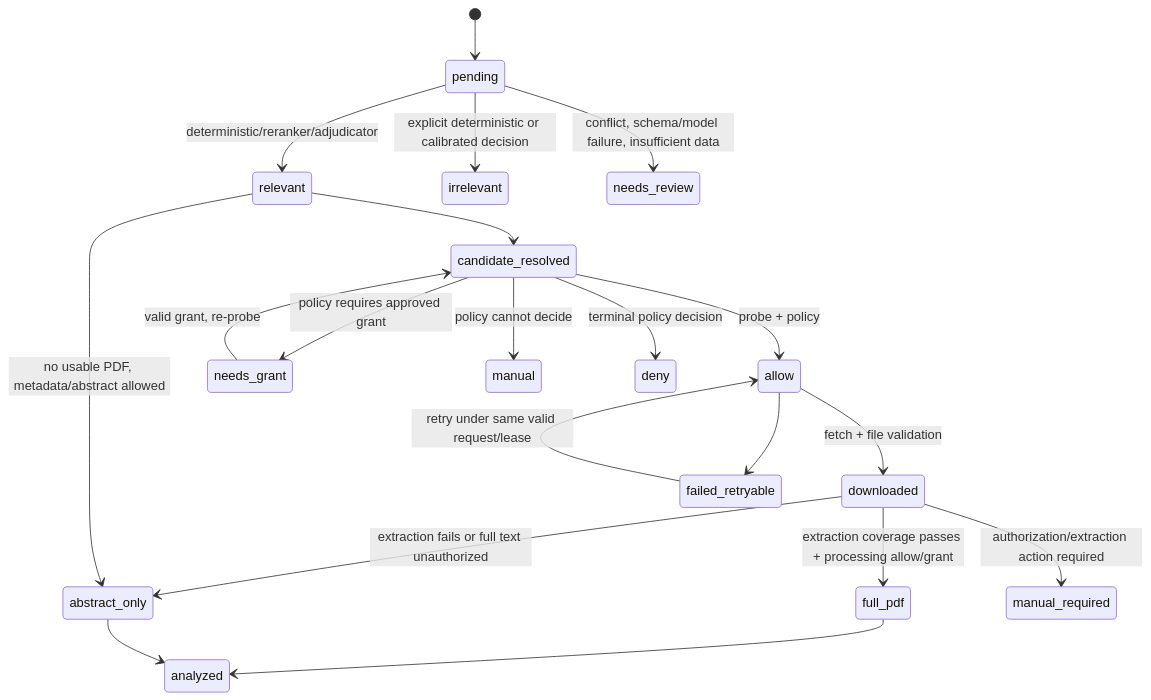
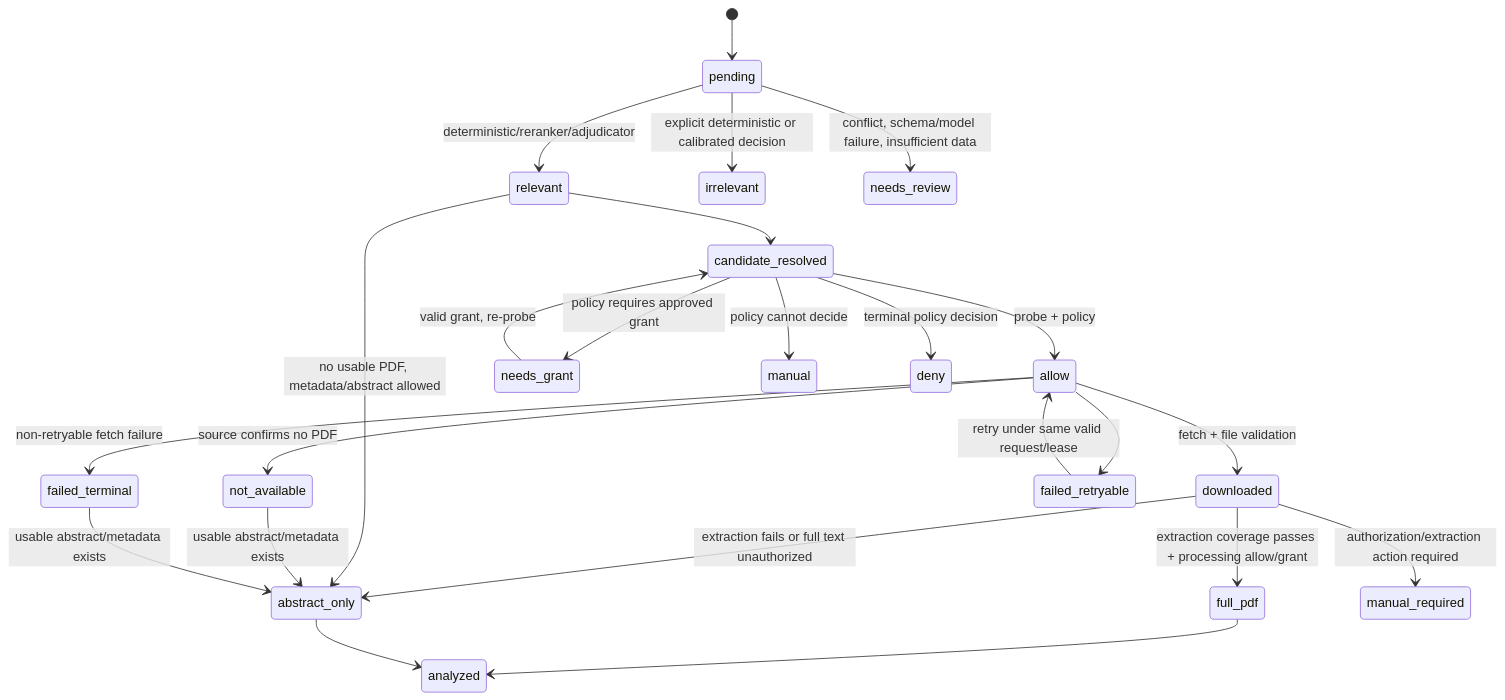
Before and after one commit to clt20011110/paper-agent: the second of 3 diagrams in docs/architecture/state-machines.md, drawn with Mermaid. The commit also changed other lines of this file and 13 other files, not shown here.

````diff
--- a/docs/architecture/state-machines.md
+++ b/docs/architecture/state-machines.md
@@ -29,22 +29,26 @@
 ```mermaid
 stateDiagram-v2
   [*] --> pending
   pending --> relevant: deterministic/reranker/adjudicator
   pending --> irrelevant: explicit deterministic or calibrated decision
   pending --> needs_review: conflict, schema/model failure, insufficient data
   relevant --> candidate_resolved
   candidate_resolved --> allow: probe + policy
   candidate_resolved --> needs_grant: policy requires approved grant
   candidate_resolved --> manual: policy cannot decide
   candidate_resolved --> deny: terminal policy decision
   needs_grant --> candidate_resolved: valid grant, re-probe
   allow --> downloaded: fetch + file validation
+  allow --> not_available: source confirms no PDF
+  allow --> failed_terminal: non-retryable fetch failure
   allow --> failed_retryable
   failed_retryable --> allow: retry under same valid request/lease
   downloaded --> full_pdf: extraction coverage passes + processing allow/grant
   downloaded --> abstract_only: extraction fails or full text unauthorized
   relevant --> abstract_only: no usable PDF, metadata/abstract allowed
+  not_available --> abstract_only: usable abstract/metadata exists
+  failed_terminal --> abstract_only: usable abstract/metadata exists
   full_pdf --> analyzed
   abstract_only --> analyzed
   downloaded --> manual_required: authorization/extraction action required
 ```
````
